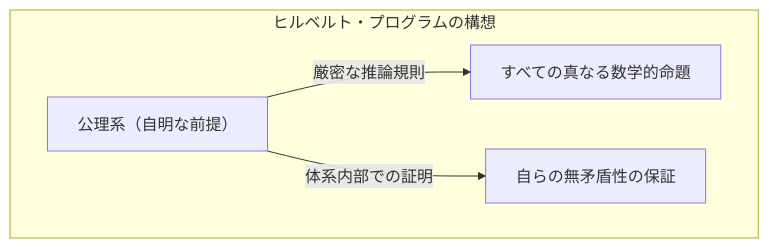
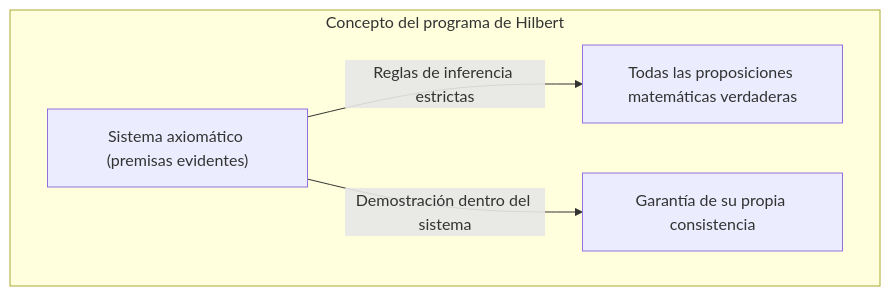
Before and after one commit to kenjinote/blog: the first of 4 diagrams in content/post/godels-incompleteness-theorems/index.es.md, drawn with Mermaid. The commit also changed other lines of this file and 28 other files, not shown here.

Commit message:
Translate Japanese text inside Mermaid diagrams to respective languages

````diff
--- a/content/post/godels-incompleteness-theorems/index.es.md
+++ b/content/post/godels-incompleteness-theorems/index.es.md
@@ -34,7 +34,7 @@
 ```mermaid
 graph TD
-    subgraph "ヒルベルト・プログラムの構想"
-        A["公理系（自明な前提）"] -->|"厳密な推論規則"| B["すべての真なる数学的命題"]
-        A -->|"体系内部での証明"| C["自らの無矛盾性の保証"]
+    subgraph "Concepto del programa de Hilbert"
+        A["Sistema axiomático (premisas evidentes)"] -->|"Reglas de inferencia estrictas"| B["Todas las proposiciones matemáticas verdaderas"]
+        A -->|"Demostración dentro del sistema"| C["Garantía de su propia consistencia"]
     end
 ```
````
